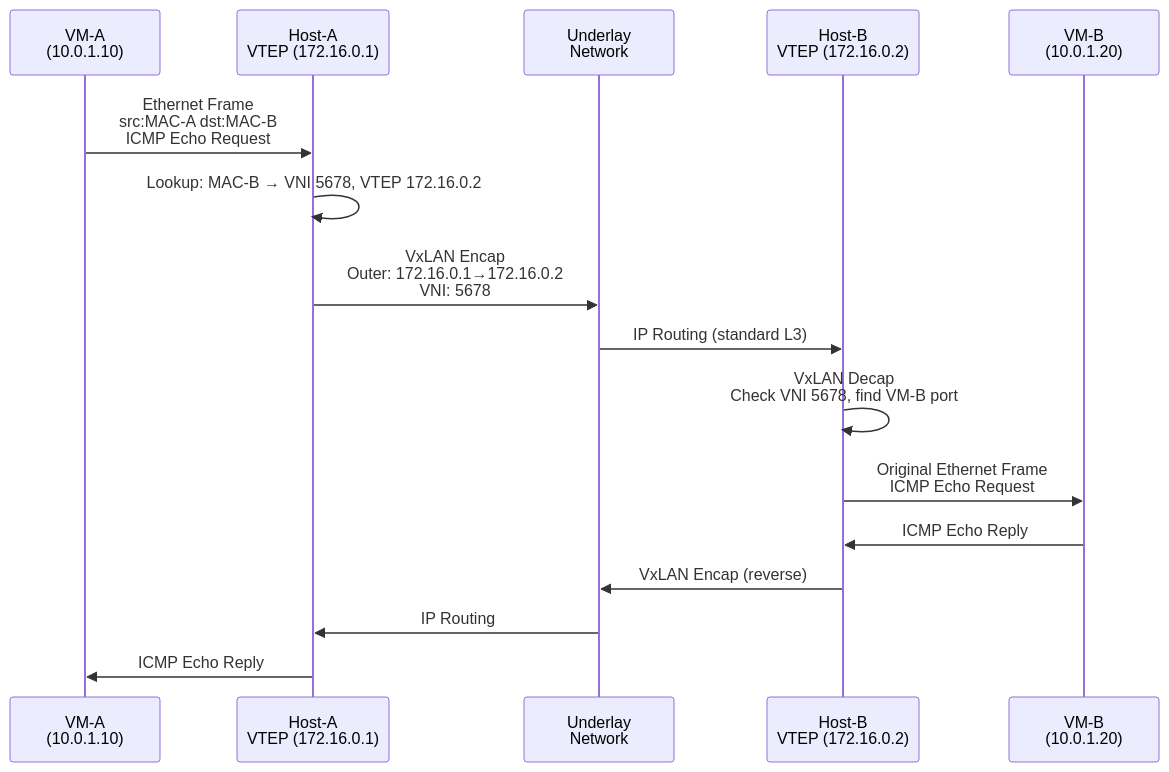
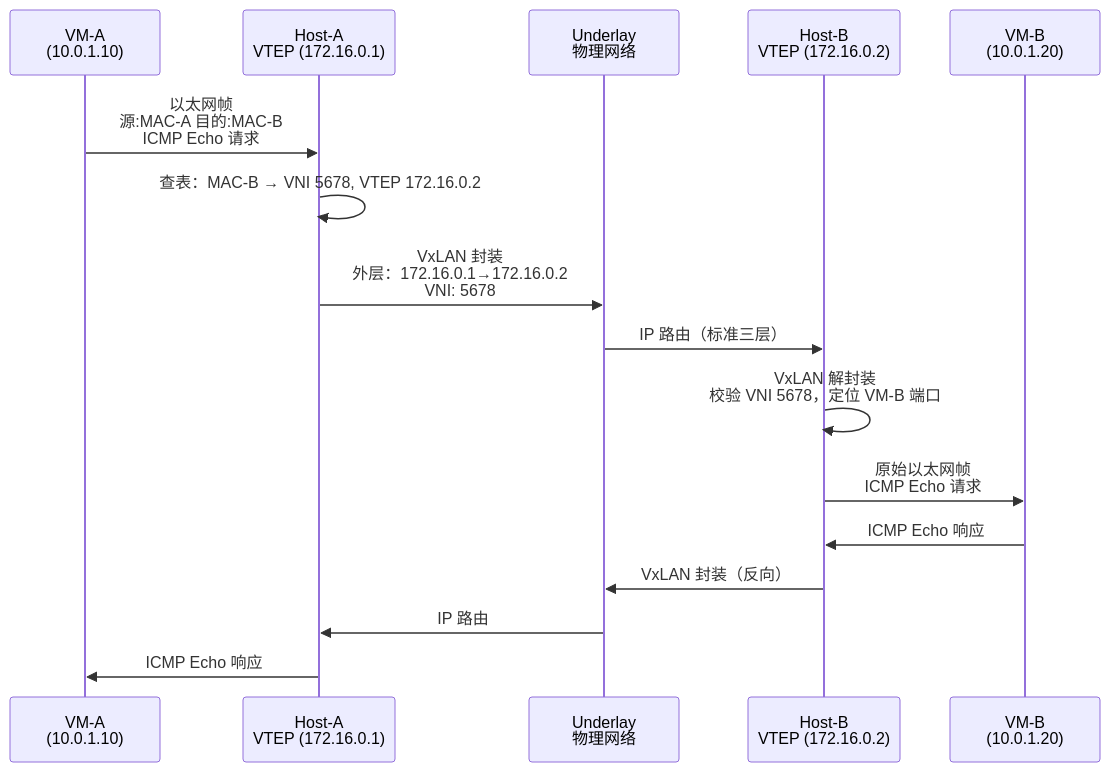
One commit to caozhiyi/network-book changed the second of 3 diagrams in docs/08.同一个子网内的通信ARP代答与封包.md. Above: the diagram before and after it, drawn with Mermaid. The commit also changed other lines of this file and 77 other files, not shown here.

````diff
--- a/docs/08.同一个子网内的通信ARP代答与封包.md
+++ b/docs/08.同一个子网内的通信ARP代答与封包.md
@@ -174,20 +166,20 @@
 ```mermaid
 sequenceDiagram
     participant VMA as VM-A<br/>(10.0.1.10)
     participant HA as Host-A<br/>VTEP (172.16.0.1)
-    participant UL as Underlay<br/>Network
+    participant UL as Underlay<br/>物理网络
     participant HB as Host-B<br/>VTEP (172.16.0.2)
     participant VMB as VM-B<br/>(10.0.1.20)
 
-    VMA->>HA: Ethernet Frame<br/>src:MAC-A dst:MAC-B<br/>ICMP Echo Request
-    HA->>HA: Lookup: MAC-B → VNI 5678, VTEP 172.16.0.2
-    HA->>UL: VxLAN Encap<br/>Outer: 172.16.0.1→172.16.0.2<br/>VNI: 5678
-    UL->>HB: IP Routing (standard L3)
-    HB->>HB: VxLAN Decap<br/>Check VNI 5678, find VM-B port
-    HB->>VMB: Original Ethernet Frame<br/>ICMP Echo Request
+    VMA->>HA: 以太网帧<br/>源:MAC-A 目的:MAC-B<br/>ICMP Echo 请求
+    HA->>HA: 查表：MAC-B → VNI 5678, VTEP 172.16.0.2
+    HA->>UL: VxLAN 封装<br/>外层：172.16.0.1→172.16.0.2<br/>VNI: 5678
+    UL->>HB: IP 路由（标准三层）
+    HB->>HB: VxLAN 解封装<br/>校验 VNI 5678，定位 VM-B 端口
+    HB->>VMB: 原始以太网帧<br/>ICMP Echo 请求
 
-    VMB->>HB: ICMP Echo Reply
-    HB->>UL: VxLAN Encap (reverse)
-    UL->>HA: IP Routing
-    HA->>VMA: ICMP Echo Reply
+    VMB->>HB: ICMP Echo 响应
+    HB->>UL: VxLAN 封装（反向）
+    UL->>HA: IP 路由
+    HA->>VMA: ICMP Echo 响应
 ```
````
